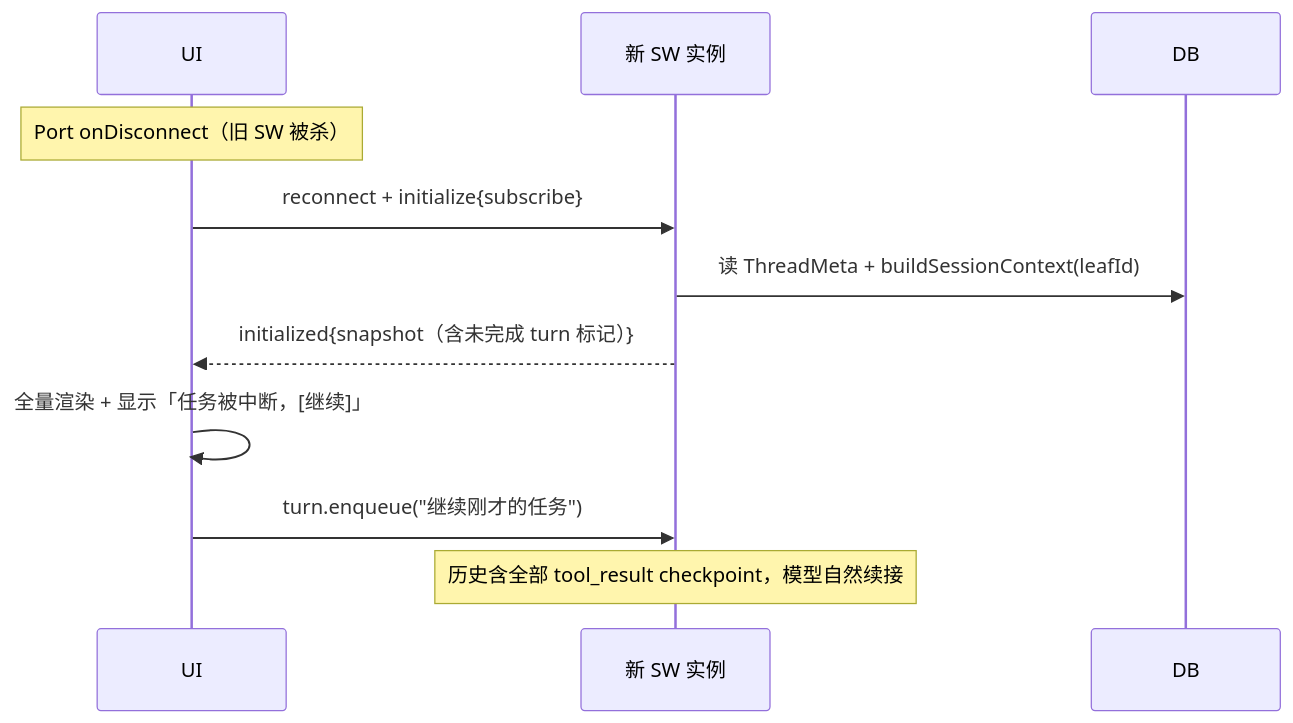
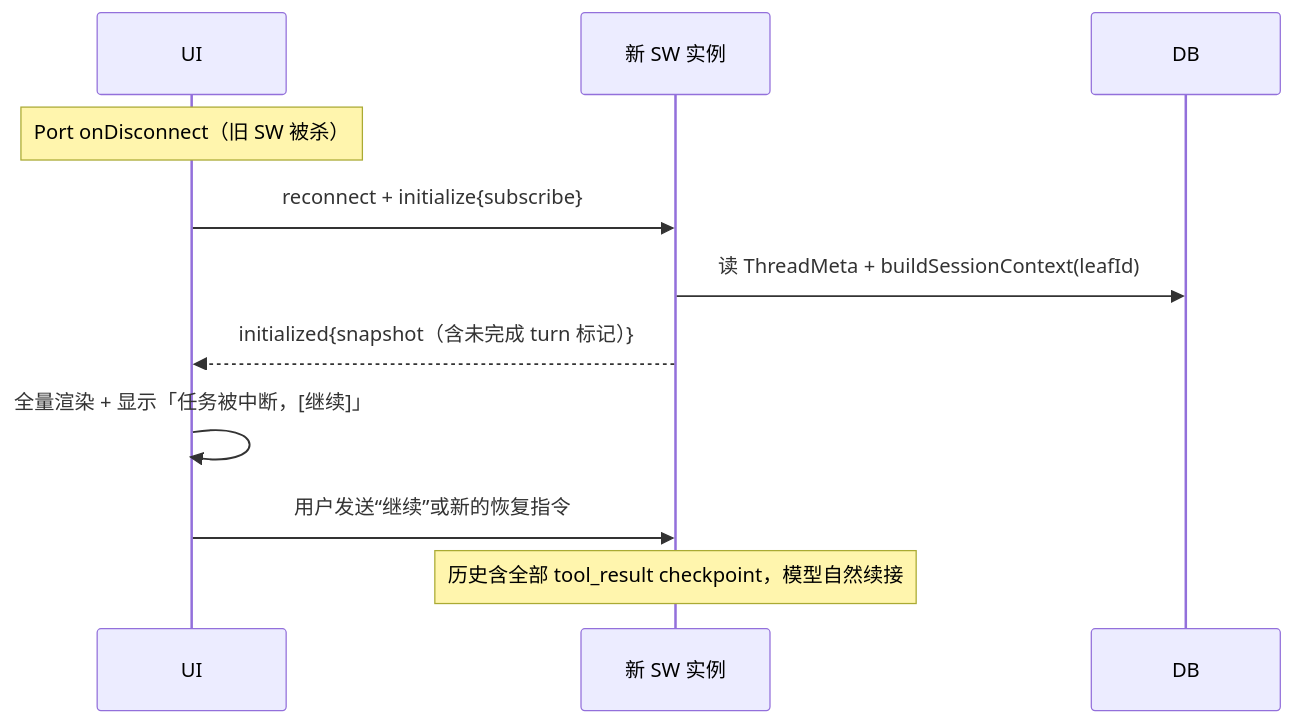
One commit to wangdiandao/Panelot changed the second of 2 diagrams in docs/04-agent-engine.md. Above: the diagram before and after it, drawn with Mermaid. The commit also changed other lines of this file and 231 other files, not shown here.

````diff
--- a/docs/04-agent-engine.md
+++ b/docs/04-agent-engine.md
@@ -137,14 +146,14 @@
 ```mermaid
 sequenceDiagram
   participant UI
   participant SW2 as 新 SW 实例
   participant DB
 
   Note over UI: Port onDisconnect（旧 SW 被杀）
   UI->>SW2: reconnect + initialize{subscribe}
   SW2->>DB: 读 ThreadMeta + buildSessionContext(leafId)
   SW2-->>UI: initialized{snapshot（含未完成 turn 标记）}
   UI->>UI: 全量渲染 + 显示「任务被中断，[继续]」
-  UI->>SW2: turn.enqueue("继续刚才的任务")
+  UI->>SW2: 用户发送“继续”或新的恢复指令
   Note over SW2: 历史含全部 tool_result checkpoint，模型自然续接
 ```
````
